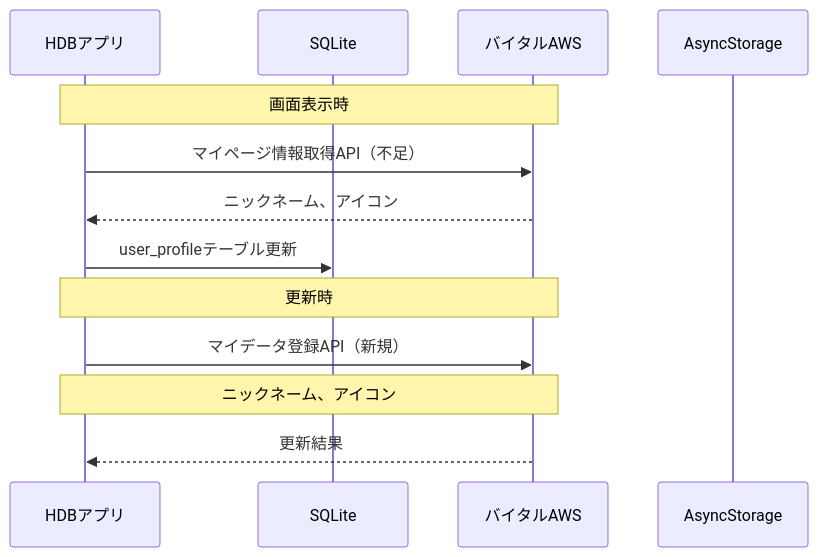
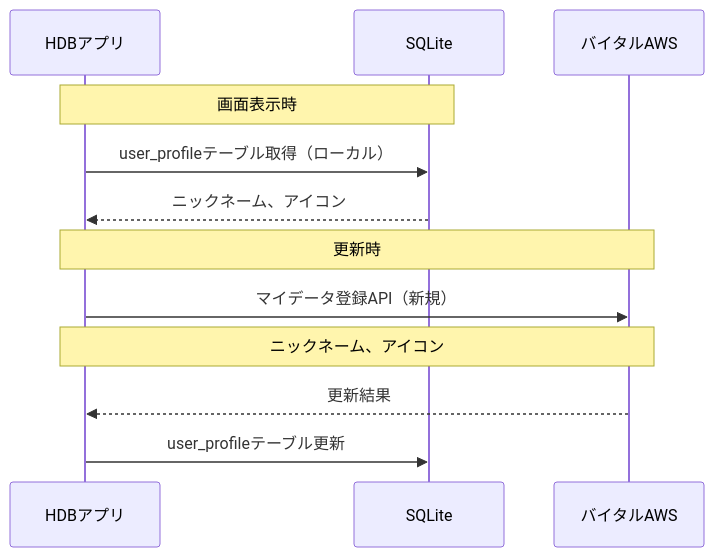
The sixth of 15 diagrams in doc/QA/画面別API通信図.md (sasaibu/hdb), drawn with Mermaid before and after one commit. The commit also changed other lines of this file, not shown here.

````diff
--- a/doc/QA/画面別API通信図.md
+++ b/doc/QA/画面別API通信図.md
@@ -130,17 +130,16 @@
 ```mermaid
 sequenceDiagram
     participant App as HDBアプリ
     participant DB as SQLite
     participant AWS as バイタルAWS
-    participant Storage as AsyncStorage
     
-    Note over App,AWS: 画面表示時
-    App->>AWS: マイページ情報取得API（不足）
-    AWS-->>App: ニックネーム、アイコン
-    App->>DB: user_profileテーブル更新
+    Note over App,DB: 画面表示時
+    App->>DB: user_profileテーブル取得（ローカル）
+    DB-->>App: ニックネーム、アイコン
     
     Note over App,AWS: 更新時
     App->>AWS: マイデータ登録API（新規）
     Note over App,AWS: ニックネーム、アイコン
     AWS-->>App: 更新結果
+    App->>DB: user_profileテーブル更新
 ```
````
